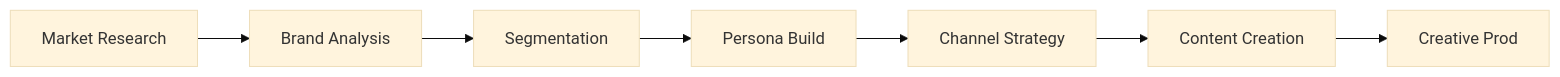
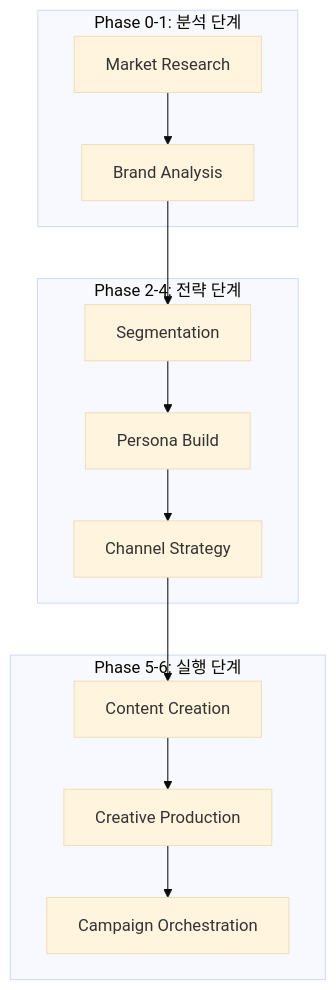
One commit to git2583/git2583-dante changed the diagram in marketing.md. Above: the diagram before and after it, drawn with Mermaid (base theme). The commit also changed other lines of this file, not shown here.

````diff
--- a/marketing.md
+++ b/marketing.md
@@ -27,9 +42,18 @@
 ```mermaid
-graph LR
-    P0[Market Research] --> P1[Brand Analysis]
-    P1 --> P2[Segmentation]
-    P2 --> P3[Persona Build]
-    P3 --> P4[Channel Strategy]
-    P4 --> P5[Content Creation]
-    P5 --> P6[Creative Prod]
+graph TD
+    subgraph "Phase 0-1: 분석 단계"
+        P0[Market Research] --> P1[Brand Analysis]
+    end
+    
+    subgraph "Phase 2-4: 전략 단계"
+        P1 --> P2[Segmentation]
+        P2 --> P3[Persona Build]
+        P3 --> P4[Channel Strategy]
+    end
+    
+    subgraph "Phase 5-6: 실행 단계"
+        P4 --> P5[Content Creation]
+        P5 --> P6[Creative Production]
+        P6 --> P7[Campaign Orchestration]
+    end
 ```
````
